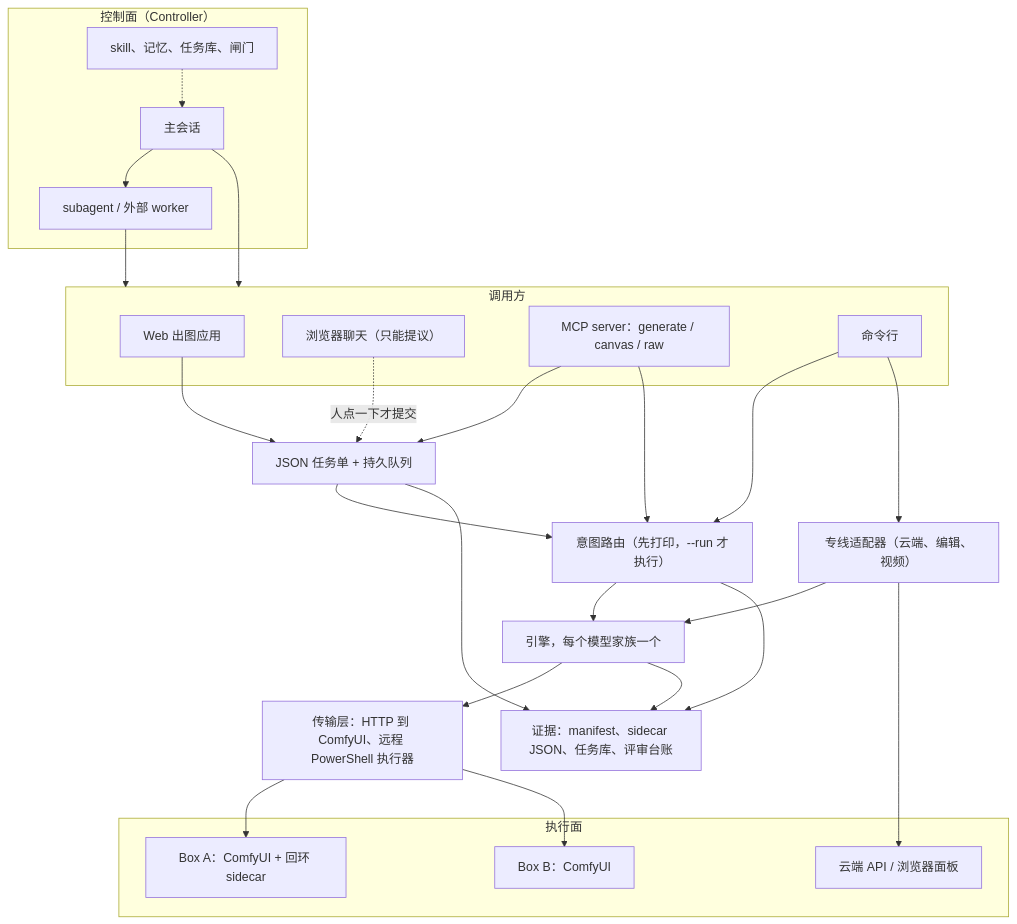
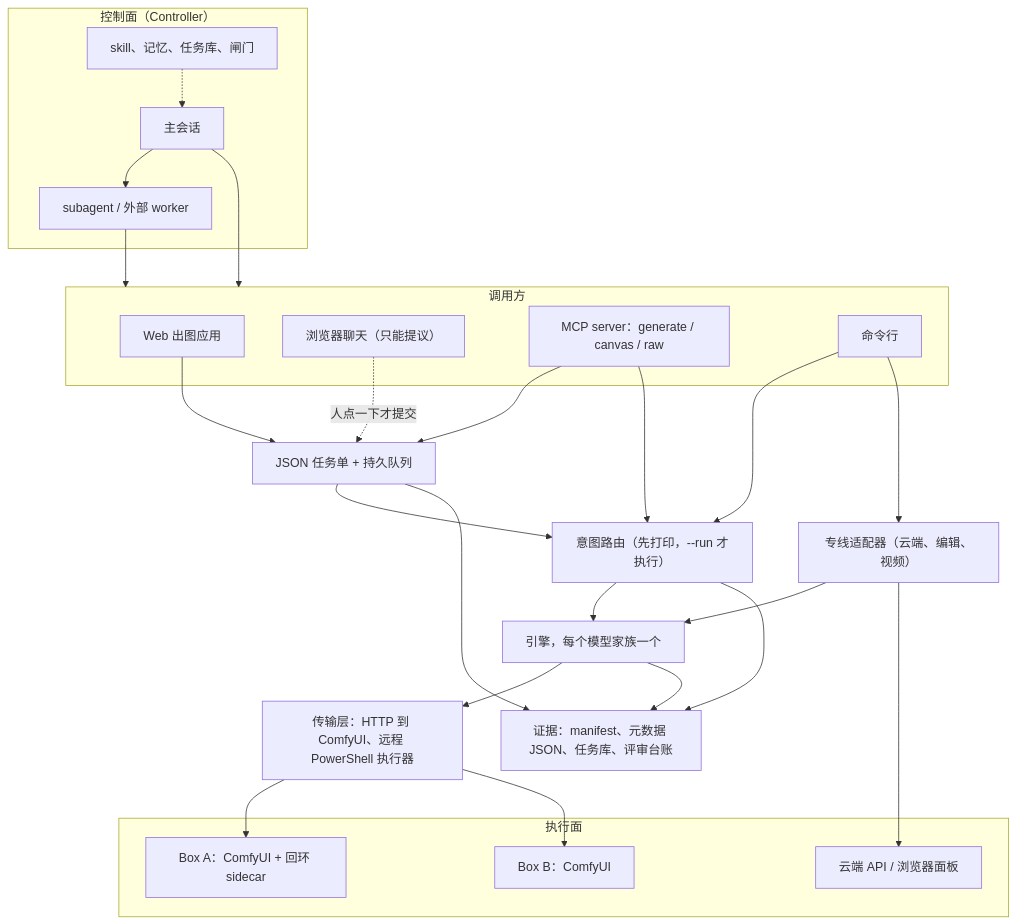
Before and after one commit to lepetitprince716-prog/agent-genops: the diagram in docs/zh/01-architecture.md, drawn with Mermaid. The commit also changed other lines of this file and 34 other files, not shown here.

````diff
--- a/docs/zh/01-architecture.md
+++ b/docs/zh/01-architecture.md
@@ -45,50 +45,50 @@
 ```mermaid
 flowchart TD
     subgraph CP["控制面（Controller）"]
         Root["主会话"]
         Sub["subagent / 外部 worker"]
         Skills["skill、记忆、任务库、闸门"]
     end
 
     subgraph Callers["调用方"]
         Web["Web 出图应用"]
         Chat["浏览器聊天（只能提议）"]
         MCP["MCP server：generate / canvas / raw"]
         CLI["命令行"]
     end
 
     Queue["JSON 任务单 + 持久队列"]
     Router["意图路由（先打印，--run 才执行）"]
     Spec["专线适配器（云端、编辑、视频）"]
     Engines["引擎，每个模型家族一个"]
     Transport["传输层：HTTP 到 ComfyUI、远程 PowerShell 执行器"]
 
     subgraph EP["执行面"]
         BoxA["Box A：ComfyUI + 回环 sidecar"]
         BoxB["Box B：ComfyUI"]
         Cloud["云端 API / 浏览器面板"]
     end
 
-    Evidence["证据：manifest、sidecar JSON、任务库、评审台账"]
+    Evidence["证据：manifest、元数据 JSON、任务库、评审台账"]
 
     Root --> Sub
     Skills -.-> Root
     Root --> Callers
     Sub --> Callers
     Web --> Queue
     Chat -. "人点一下才提交" .-> Queue
     MCP --> Queue
     MCP --> Router
     CLI --> Router
     CLI --> Spec
     Queue --> Router
     Router --> Engines
     Spec --> Engines
     Spec --> Cloud
     Engines --> Transport
     Transport --> BoxA
     Transport --> BoxB
     Router --> Evidence
     Engines --> Evidence
     Queue --> Evidence
 ```
````
